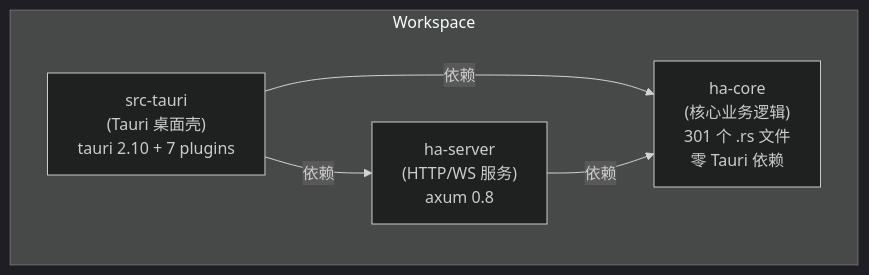
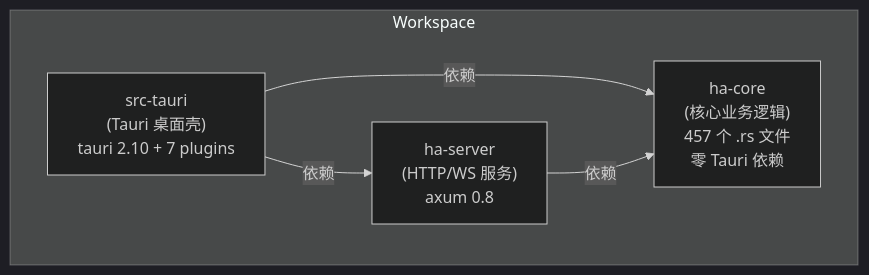
Before and after one commit to shiwenwen/hope-agent: the first of 5 diagrams in docs/architecture/backend-separation.md, drawn with Mermaid (dark theme). The commit also changed other lines of this file and 22 other files, not shown here.

````diff
--- a/docs/architecture/backend-separation.md
+++ b/docs/architecture/backend-separation.md
@@ -15,13 +15,13 @@
 ```mermaid
 graph TD
     subgraph Workspace
         OC_TAURI["src-tauri<br/>(Tauri 桌面壳)<br/>tauri 2.10 + 7 plugins"]
         OC_SERVER["ha-server<br/>(HTTP/WS 服务)<br/>axum 0.8"]
-        OC_CORE["ha-core<br/>(核心业务逻辑)<br/>301 个 .rs 文件<br/>零 Tauri 依赖"]
+        OC_CORE["ha-core<br/>(核心业务逻辑)<br/>457 个 .rs 文件<br/>零 Tauri 依赖"]
     end
 
     OC_TAURI -->|"依赖"| OC_SERVER
     OC_TAURI -->|"依赖"| OC_CORE
     OC_SERVER -->|"依赖"| OC_CORE
 
 ```
````
